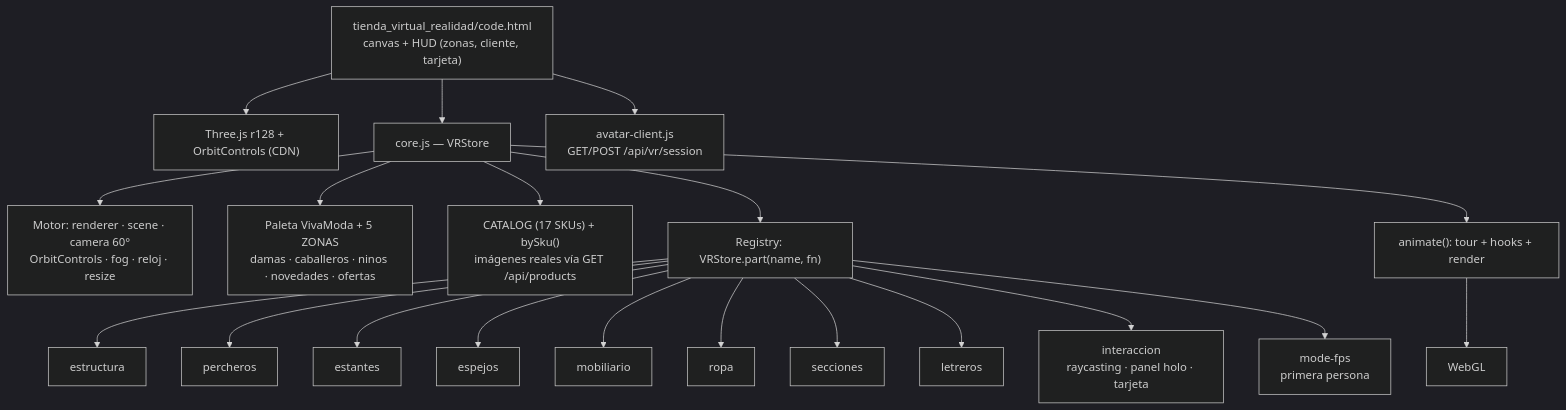
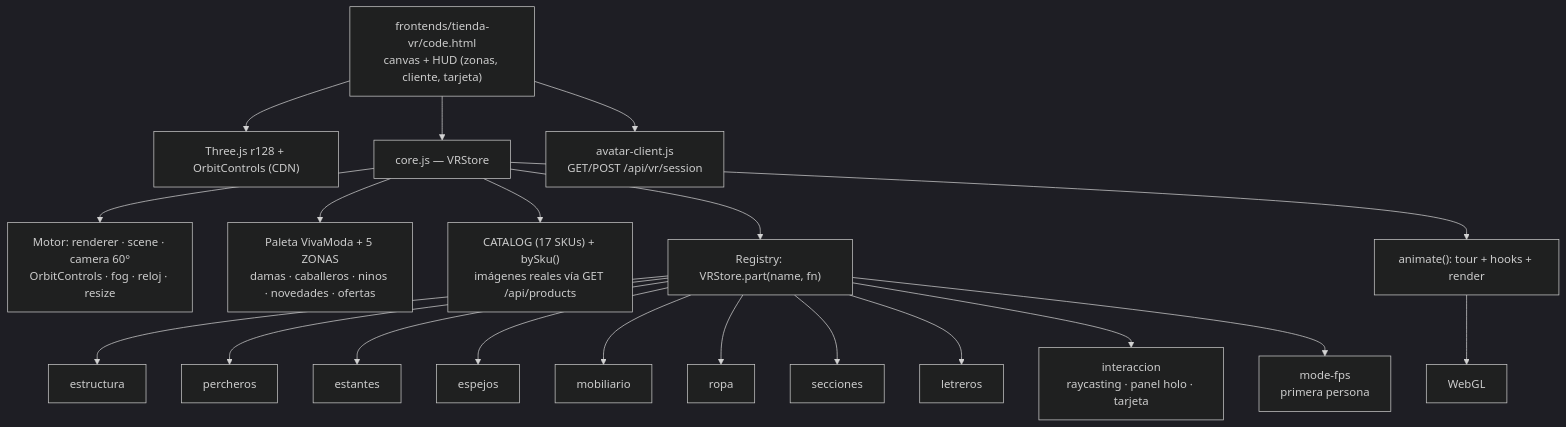
One commit to fduser123/vivamoda changed the eighth of 8 diagrams in docs/ARQUITECTURA.md. Above: the diagram before and after it, drawn with Mermaid (dark theme). The commit also changed 21 other files, not shown here.

````diff
--- a/docs/ARQUITECTURA.md
+++ b/docs/ARQUITECTURA.md
@@ -483,26 +483,26 @@
 ```mermaid
 flowchart TB
-    HTML["tienda_virtual_realidad/code.html<br/>canvas + HUD (zonas, cliente, tarjeta)"]
+    HTML["frontends/tienda-vr/code.html<br/>canvas + HUD (zonas, cliente, tarjeta)"]
     HTML --> THREE["Three.js r128 + OrbitControls (CDN)"]
     HTML --> CORE["core.js — VRStore"]
 
     CORE --> ENGINE["Motor: renderer · scene · camera 60°<br/>OrbitControls · fog · reloj · resize"]
     CORE --> PALETTE["Paleta VivaModa + 5 ZONAS<br/>damas · caballeros · ninos · novedades · ofertas"]
     CORE --> CATALOG["CATALOG (17 SKUs) + bySku()<br/>imágenes reales vía GET /api/products"]
     CORE --> REG["Registry: VRStore.part(name, fn)"]
     CORE --> LOOP["animate(): tour + hooks + render"]
 
     REG --> P1["estructura"]
     REG --> P2["percheros"]
     REG --> P3["estantes"]
     REG --> P4["espejos"]
     REG --> P5["mobiliario"]
     REG --> P6["ropa"]
     REG --> P7["secciones"]
     REG --> P8["letreros"]
     REG --> P9["interaccion<br/>raycasting · panel holo · tarjeta"]
     REG --> P10["mode-fps<br/>primera persona"]
     HTML --> AV["avatar-client.js<br/>GET/POST /api/vr/session"]
 
     LOOP --> RENDER["WebGL"]
 ```
````
